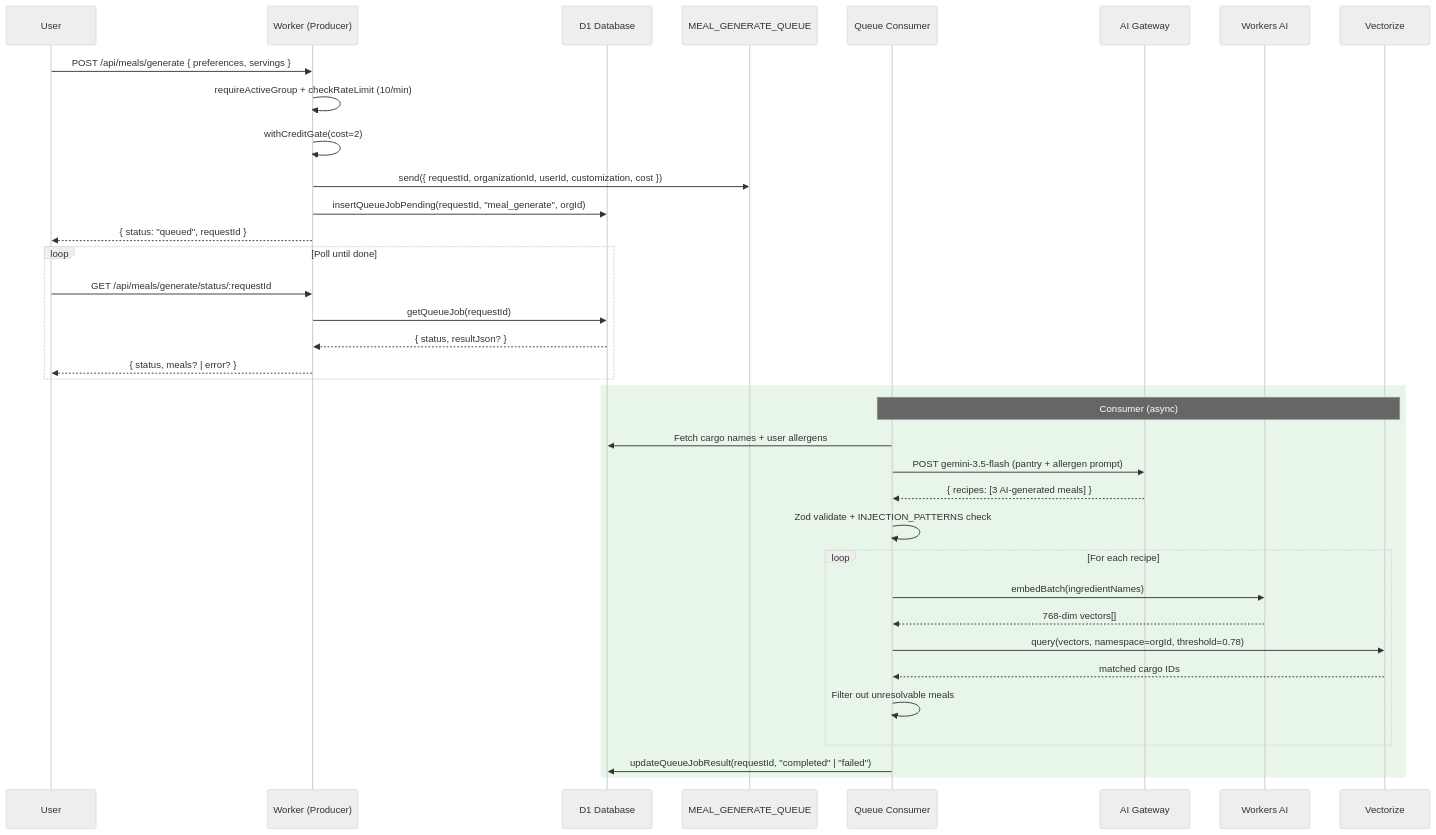
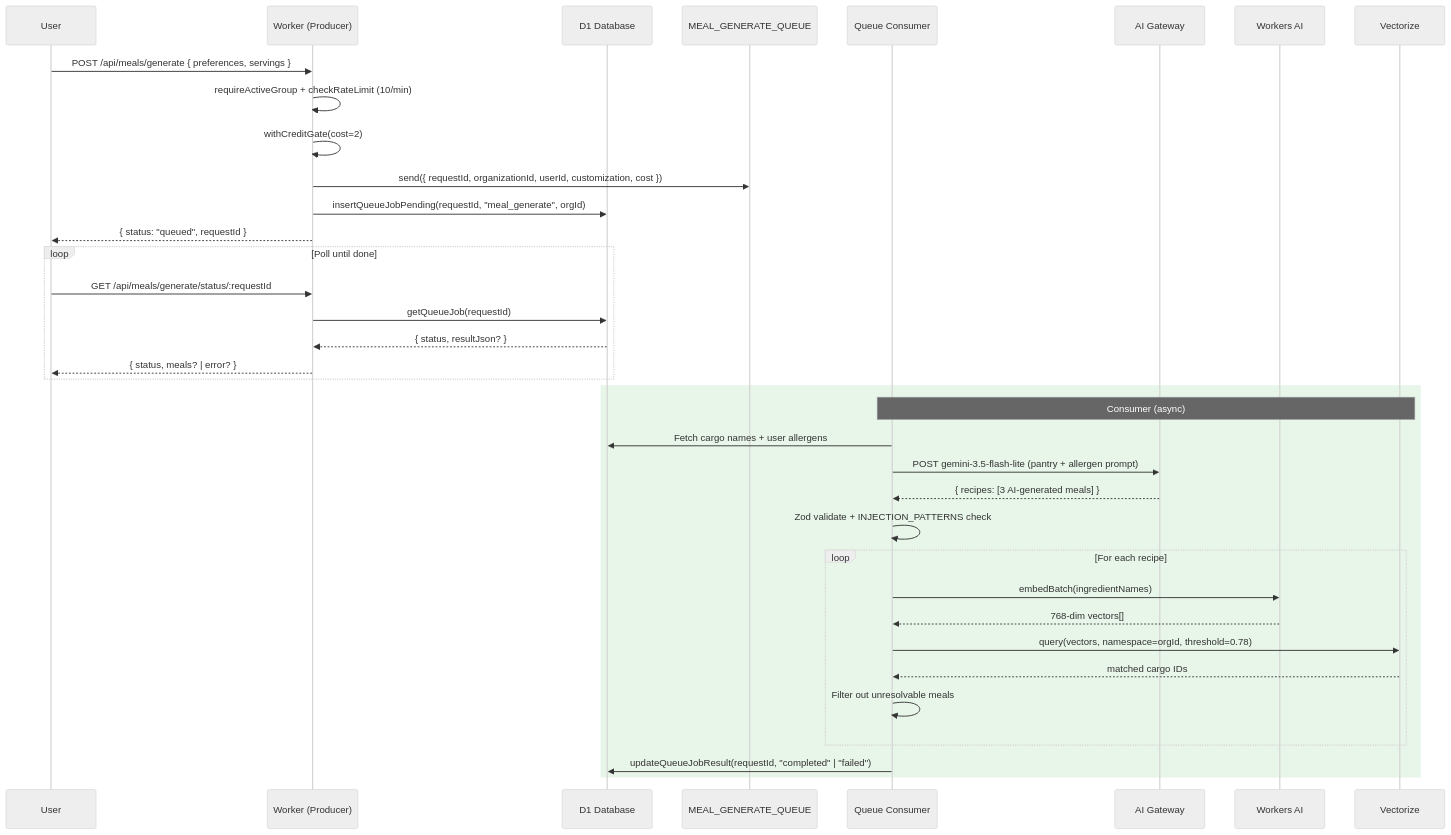
The tenth of 24 diagrams in README.md (bjamesdowning/ration-mirror), drawn with Mermaid (neutral theme) before and after one commit. The commit also changed other lines of this file and 8 other files, not shown here.

First line of the commit message:
feat: switch AI Gateway model to Gemini 3.5 Flash-Lite

````diff
--- a/README.md
+++ b/README.md
@@ -466,41 +466,41 @@
 ```mermaid
 sequenceDiagram
     participant User as User
     participant Worker as Worker (Producer)
     participant D1 as D1 Database
     participant Queue as MEAL_GENERATE_QUEUE
     participant Consumer as Queue Consumer
     participant AIGateway as AI Gateway
     participant AI as Workers AI
     participant Vectorize as Vectorize
 
     User->>Worker: POST /api/meals/generate { preferences, servings }
     Worker->>Worker: requireActiveGroup + checkRateLimit (10/min)
     Worker->>Worker: withCreditGate(cost=2)
     Worker->>Queue: send({ requestId, organizationId, userId, customization, cost })
     Worker->>D1: insertQueueJobPending(requestId, "meal_generate", orgId)
     Worker-->>User: { status: "queued", requestId }
 
     loop Poll until done
         User->>Worker: GET /api/meals/generate/status/:requestId
         Worker->>D1: getQueueJob(requestId)
         D1-->>Worker: { status, resultJson? }
         Worker-->>User: { status, meals? | error? }
     end
 
     rect rgb(232, 245, 233)
         Note over Consumer,Vectorize: Consumer (async)
         Consumer->>D1: Fetch cargo names + user allergens
-        Consumer->>AIGateway: POST gemini-3.5-flash (pantry + allergen prompt)
+        Consumer->>AIGateway: POST gemini-3.5-flash-lite (pantry + allergen prompt)
         AIGateway-->>Consumer: { recipes: [3 AI-generated meals] }
         Consumer->>Consumer: Zod validate + INJECTION_PATTERNS check
         loop For each recipe
             Consumer->>AI: embedBatch(ingredientNames)
             AI-->>Consumer: 768-dim vectors[]
             Consumer->>Vectorize: query(vectors, namespace=orgId, threshold=0.78)
             Vectorize-->>Consumer: matched cargo IDs
             Consumer->>Consumer: Filter out unresolvable meals
         end
         Consumer->>D1: updateQueueJobResult(requestId, "completed" | "failed")
     end
 ```
````
